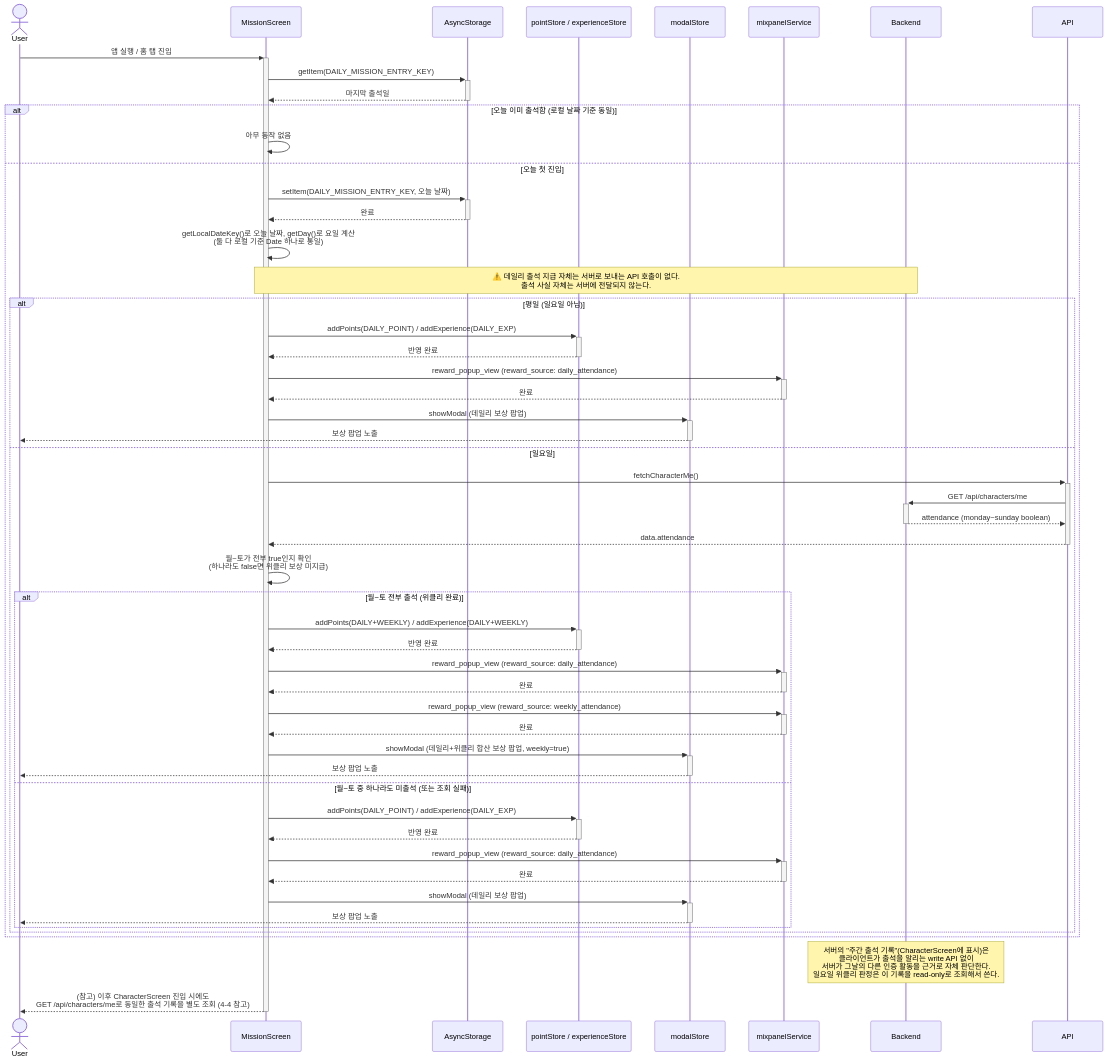
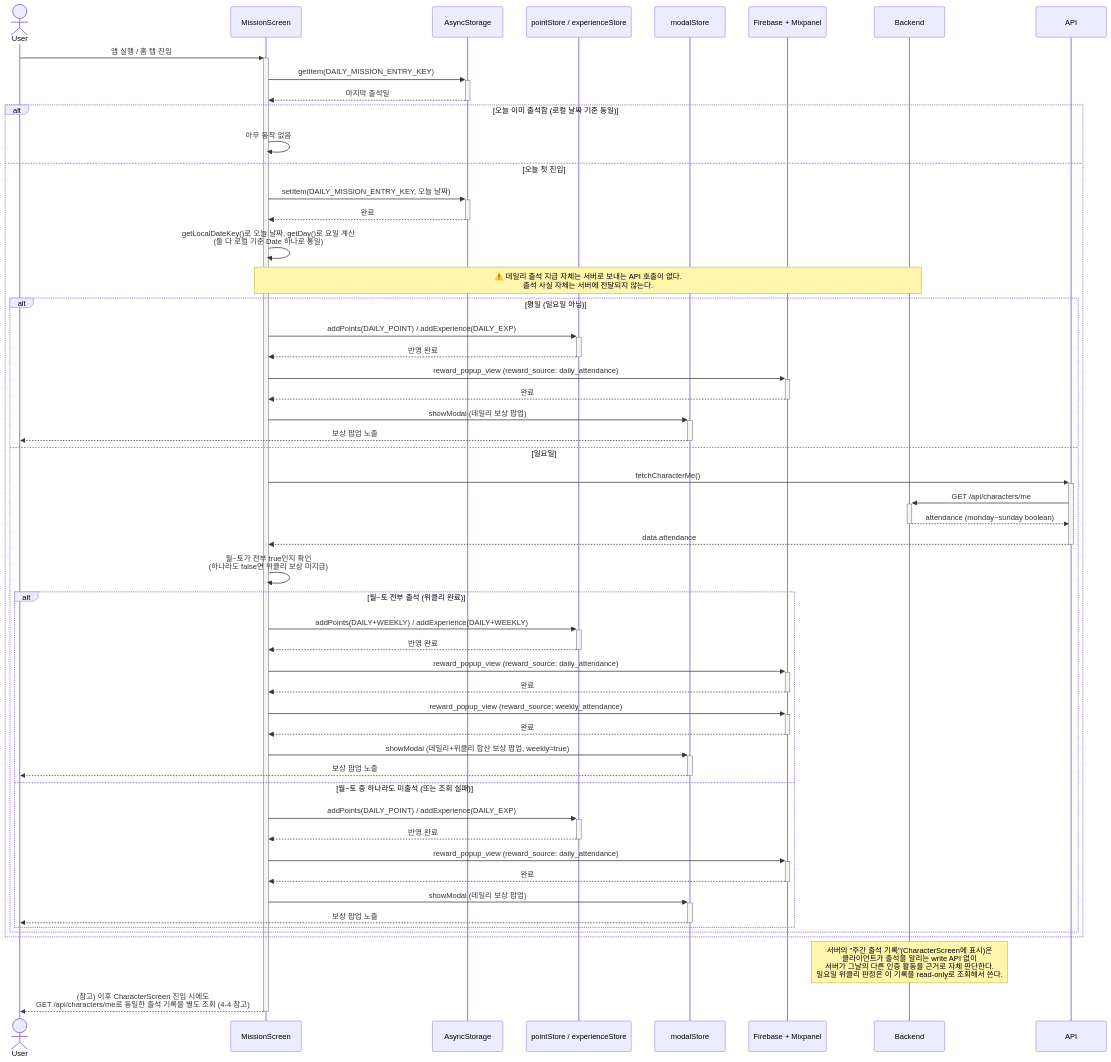
One commit to SWYP-app-3-10/neurous-client changed the seventh of 12 diagrams in docs/ARCHITECTURE.md. Above: the diagram before and after it, drawn with Mermaid. The commit also changed other lines of this file and 18 other files, not shown here.

Commit message:
refactor: align analytics events with updated user flows (#154)

````diff
--- a/docs/ARCHITECTURE.md
+++ b/docs/ARCHITECTURE.md
@@ -233,60 +233,60 @@
 ```mermaid
 sequenceDiagram
     actor User
     participant Screen as MissionScreen
     participant Storage as AsyncStorage
     participant Store as pointStore / experienceStore
     participant Modal as modalStore
-    participant Mixpanel as mixpanelService
+    participant Analytics as Firebase + Mixpanel
     participant Backend
 
     User->>+Screen: 앱 실행 / 홈 탭 진입
     Screen->>+Storage: getItem(DAILY_MISSION_ENTRY_KEY)
     Storage-->>-Screen: 마지막 출석일
 
     alt 오늘 이미 출석함 (로컬 날짜 기준 동일)
         Screen->>Screen: 아무 동작 없음
     else 오늘 첫 진입
         Screen->>+Storage: setItem(DAILY_MISSION_ENTRY_KEY, 오늘 날짜)
         Storage-->>-Screen: 완료
         Screen->>Screen: getLocalDateKey()로 오늘 날짜, getDay()로 요일 계산<br/>(둘 다 로컬 기준 Date 하나로 통일)
 
         Note over Screen,Backend: ⚠️ 데일리 출석 지급 자체는 서버로 보내는 API 호출이 없다.<br/>출석 사실 자체는 서버에 전달되지 않는다.
 
         alt 평일 (일요일 아님)
             Screen->>+Store: addPoints(DAILY_POINT) / addExperience(DAILY_EXP)
             Store-->>-Screen: 반영 완료
-            Screen->>+Mixpanel: reward_popup_view (reward_source: daily_attendance)
-            Mixpanel-->>-Screen: 완료
+            Screen->>+Analytics: reward_popup_view (reward_source: daily_attendance)
+            Analytics-->>-Screen: 완료
             Screen->>+Modal: showModal (데일리 보상 팝업)
             Modal-->>-User: 보상 팝업 노출
         else 일요일
             Screen->>+API: fetchCharacterMe()
             API->>+Backend: GET /api/characters/me
             Backend-->>-API: attendance (monday~sunday boolean)
             API-->>-Screen: data.attendance
             Screen->>Screen: 월~토가 전부 true인지 확인<br/>(하나라도 false면 위클리 보상 미지급)
 
             alt 월~토 전부 출석 (위클리 완료)
                 Screen->>+Store: addPoints(DAILY+WEEKLY) / addExperience(DAILY+WEEKLY)
                 Store-->>-Screen: 반영 완료
-                Screen->>+Mixpanel: reward_popup_view (reward_source: daily_attendance)
-                Mixpanel-->>-Screen: 완료
-                Screen->>+Mixpanel: reward_popup_view (reward_source: weekly_attendance)
-                Mixpanel-->>-Screen: 완료
+                Screen->>+Analytics: reward_popup_view (reward_source: daily_attendance)
+                Analytics-->>-Screen: 완료
+                Screen->>+Analytics: reward_popup_view (reward_source: weekly_attendance)
+                Analytics-->>-Screen: 완료
                 Screen->>+Modal: showModal (데일리+위클리 합산 보상 팝업, weekly=true)
                 Modal-->>-User: 보상 팝업 노출
             else 월~토 중 하나라도 미출석 (또는 조회 실패)
                 Screen->>+Store: addPoints(DAILY_POINT) / addExperience(DAILY_EXP)
                 Store-->>-Screen: 반영 완료
-                Screen->>+Mixpanel: reward_popup_view (reward_source: daily_attendance)
-                Mixpanel-->>-Screen: 완료
+                Screen->>+Analytics: reward_popup_view (reward_source: daily_attendance)
+                Analytics-->>-Screen: 완료
                 Screen->>+Modal: showModal (데일리 보상 팝업)
                 Modal-->>-User: 보상 팝업 노출
             end
         end
     end
 
     Note over Backend: 서버의 "주간 출석 기록"(CharacterScreen에 표시)은<br/>클라이언트가 출석을 알리는 write API 없이<br/>서버가 그날의 다른 인증 활동을 근거로 자체 판단한다.<br/>일요일 위클리 판정은 이 기록을 read-only로 조회해서 쓴다.
     Screen-->>-User: (참고) 이후 CharacterScreen 진입 시에도<br/>GET /api/characters/me로 동일한 출석 기록을 별도 조회 (4-4 참고)
 ```
````
